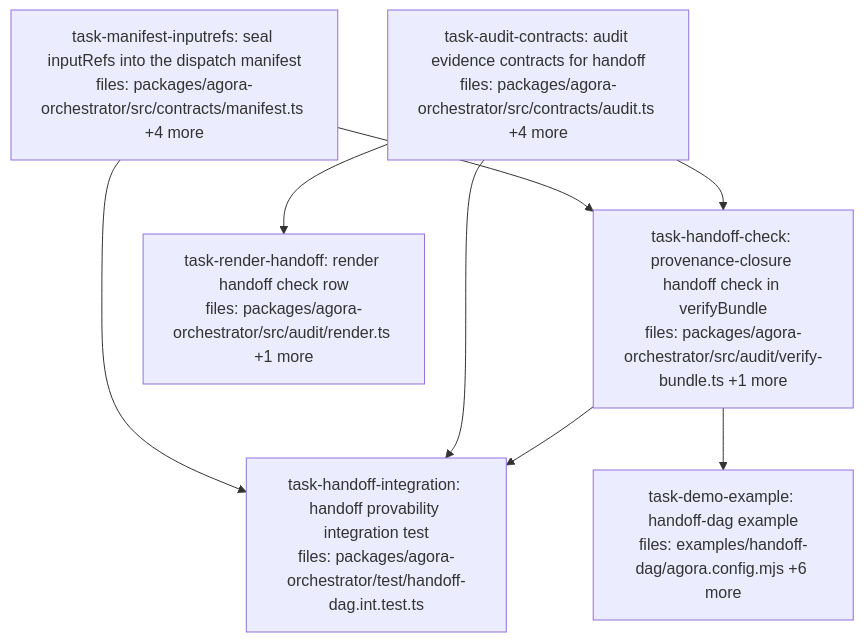
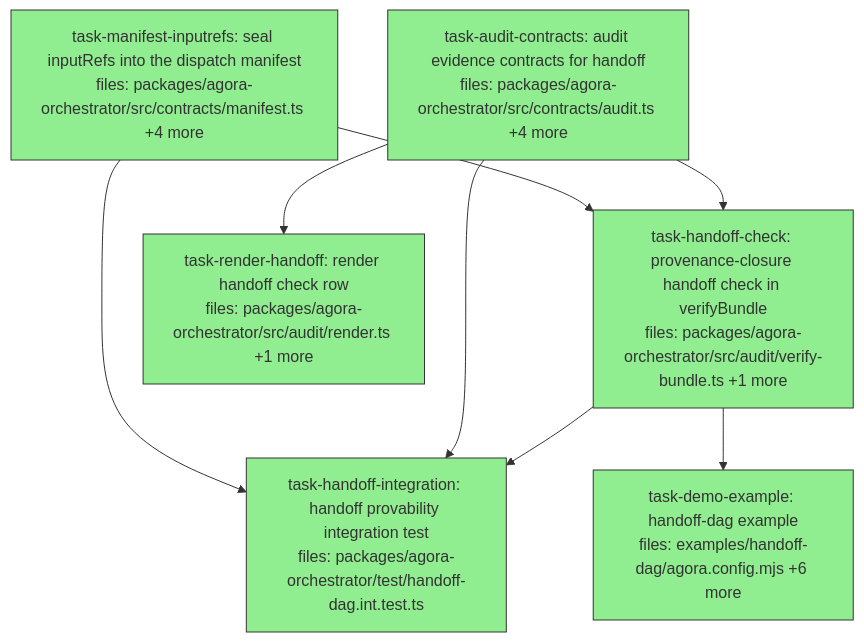
One commit to QuarrySystems/agora changed the diagram in docs/superpowers/plans/2026-06-05-handoff-wave-c-provability-dag.md. Above: the diagram before and after it, drawn with Mermaid. The commit also changed other lines of this file, not shown here.

Commit message:
docs(plan): Wave C execution complete — all 6 tasks done

````diff
--- a/docs/superpowers/plans/2026-06-05-handoff-wave-c-provability-dag.md
+++ b/docs/superpowers/plans/2026-06-05-handoff-wave-c-provability-dag.md
@@ -6,23 +6,23 @@
 ```mermaid
 flowchart TD
-    task-manifest-inputrefs["task-manifest-inputrefs: seal inputRefs into the dispatch manifest<br/>files: packages/agora-orchestrator/src/contracts/manifest.ts +4 more"]
-    task-audit-contracts["task-audit-contracts: audit evidence contracts for handoff<br/>files: packages/agora-orchestrator/src/contracts/audit.ts +4 more"]
-    task-handoff-check["task-handoff-check: provenance-closure handoff check in verifyBundle<br/>files: packages/agora-orchestrator/src/audit/verify-bundle.ts +1 more"]
-    task-render-handoff["task-render-handoff: render handoff check row<br/>files: packages/agora-orchestrator/src/audit/render.ts +1 more"]
-    task-handoff-integration["task-handoff-integration: handoff provability integration test<br/>files: packages/agora-orchestrator/test/handoff-dag.int.test.ts"]
-    task-demo-example["task-demo-example: handoff-dag example<br/>files: examples/handoff-dag/agora.config.mjs +6 more"]
+    task-manifest-inputrefs["task-manifest-inputrefs: seal inputRefs into the dispatch manifest<br/>files: packages/agora-orchestrator/src/contracts/manifest.ts +4 more"]:::done
+    task-audit-contracts["task-audit-contracts: audit evidence contracts for handoff<br/>files: packages/agora-orchestrator/src/contracts/audit.ts +4 more"]:::done
+    task-handoff-check["task-handoff-check: provenance-closure handoff check in verifyBundle<br/>files: packages/agora-orchestrator/src/audit/verify-bundle.ts +1 more"]:::done
+    task-render-handoff["task-render-handoff: render handoff check row<br/>files: packages/agora-orchestrator/src/audit/render.ts +1 more"]:::done
+    task-handoff-integration["task-handoff-integration: handoff provability integration test<br/>files: packages/agora-orchestrator/test/handoff-dag.int.test.ts"]:::done
+    task-demo-example["task-demo-example: handoff-dag example<br/>files: examples/handoff-dag/agora.config.mjs +6 more"]:::done
 
     task-manifest-inputrefs --> task-handoff-check
     task-audit-contracts --> task-handoff-check
     task-audit-contracts --> task-render-handoff
     task-manifest-inputrefs --> task-handoff-integration
     task-audit-contracts --> task-handoff-integration
     task-handoff-check --> task-handoff-integration
     task-handoff-check --> task-demo-example
 
     classDef done fill:#90ee90,stroke:#333
     classDef ready fill:#fffacd,stroke:#333
     classDef running fill:#87ceeb,stroke:#333
     classDef failed fill:#ffb6c1,stroke:#333
     classDef skipped fill:#d3d3d3,stroke:#333,stroke-dasharray: 5 5
 ```
````
